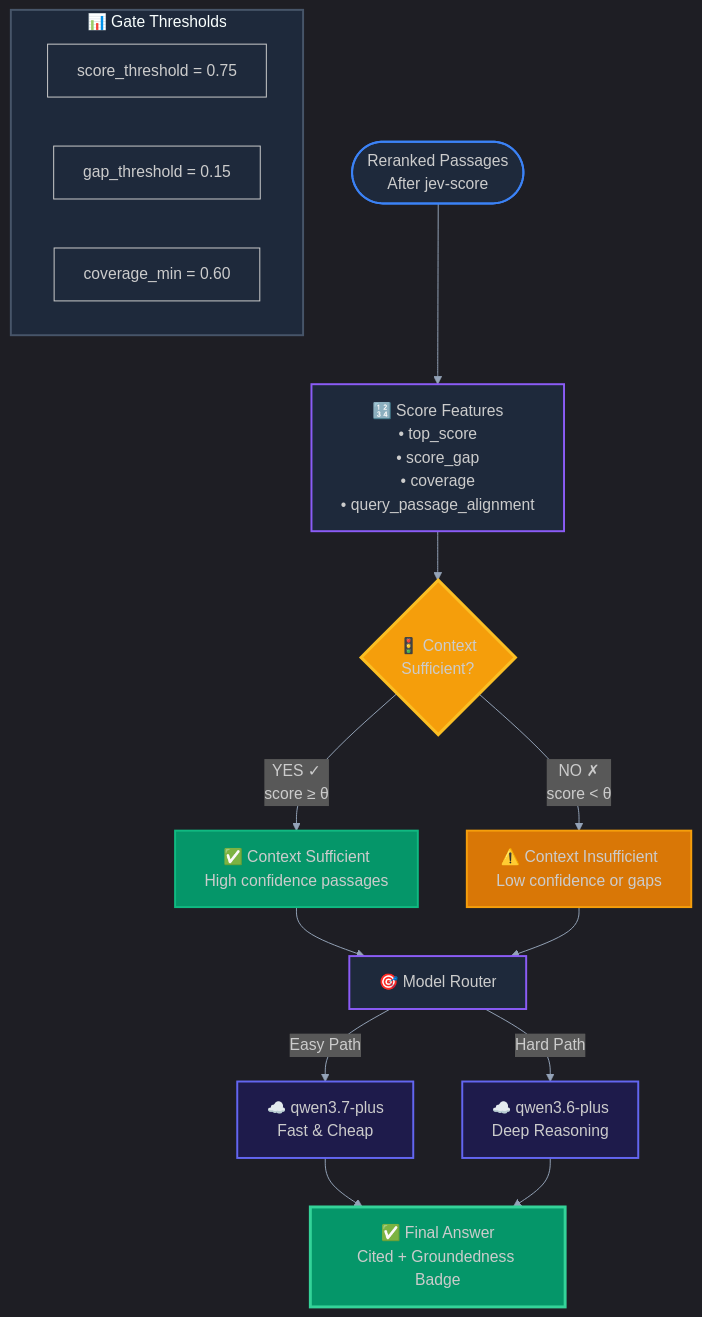
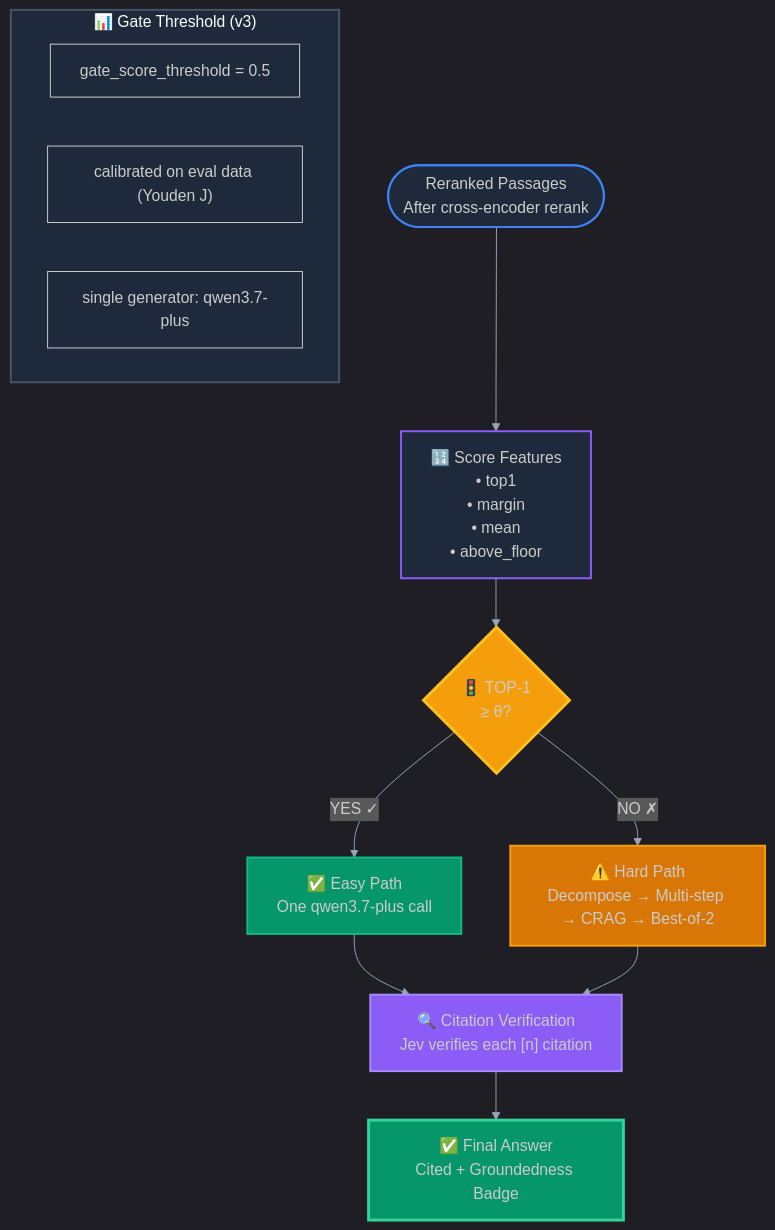
Before and after one commit to kanishka-namdeo/jev-rag: the diagram in docs/assets/img/escalation-gate-v2.mmd, drawn with Mermaid. The commit also changed 14 other files, not shown here.

```diff
--- a/docs/assets/img/escalation-gate-v2.mmd
+++ b/docs/assets/img/escalation-gate-v2.mmd
@@ -1,34 +1,27 @@
 %%{init: {'theme': 'dark', 'themeVariables': { 'primaryColor': '#3B82F6', 'primaryTextColor': '#fff', 'primaryBorderColor': '#60A5FA', 'lineColor': '#94A3B8', 'secondaryColor': '#10B981', 'tertiaryColor': '#8B5CF6', 'background': '#0B0F19', 'mainBkg': '#1E293B', 'secondBkg': '#334155' }}}%%
+%% doc-only mirror of generate_diagrams.py (create_escalation_gate_diagram) — not rendered by any tool in this repo %%
 flowchart TB
-    START(["Reranked Passages<br/>After jev-score"])
-    --> FEATURES["🔢 Score Features<br/>• top_score<br/>• score_gap<br/>• coverage<br/>• query_passage_alignment"]
-    --> GATE{"🚦 Context<br/>Sufficient?"}
+    START(["Reranked Passages<br/>After cross-encoder rerank"]) --> FEATURES["🔢 Score Features<br/>• top1<br/>• margin<br/>• mean<br/>• above_floor"] --> GATE{"🚦 TOP-1<br/>≥ θ?"}
 
-    GATE -->|"YES ✓<br/>score ≥ θ"| SUFFICIENT["✅ Context Sufficient<br/>High confidence passages"]
-    GATE -->|"NO ✗<br/>score < θ"| INSUFFICIENT["⚠️ Context Insufficient<br/>Low confidence or gaps"]
+    GATE -->|"YES ✓"| EASY["✅ Easy Path<br/>One qwen3.7-plus call"]
+    GATE -->|"NO ✗"| HARD["⚠️ Hard Path<br/>Decompose → Multi-step → CRAG → Best-of-2"]
 
-    SUFFICIENT --> ROUTER["🎯 Model Router"]
-    INSUFFICIENT --> ROUTER
+    EASY --> VERIFY["🔍 Citation Verification<br/>Jev verifies each [n] citation"]
+    HARD --> VERIFY
 
-    ROUTER -->|"Easy Path"| LLM1["☁️ qwen3.7-plus<br/>Fast & Cheap"]
-    ROUTER -->|"Hard Path"| LLM2["☁️ qwen3.6-plus<br/>Deep Reasoning"]
+    VERIFY --> OUTPUT["✅ Final Answer<br/>Cited + Groundedness Badge"]
 
-    LLM1 --> OUTPUT["✅ Final Answer<br/>Cited + Groundedness Badge"]
-    LLM2 --> OUTPUT
-
-    subgraph THRESHOLDS["📊 Gate Thresholds"]
-        T1["score_threshold = 0.75"]
-        T2["gap_threshold = 0.15"]
-        T3["coverage_min = 0.60"]
+    subgraph THRESHOLDS["📊 Gate Threshold (v3)"]
+        T1["gate_score_threshold = 0.5"]
+        T2["calibrated on eval data (Youden J)"]
+        T3["single generator: qwen3.7-plus"]
     end
 
     style START fill:#1E293B,stroke:#3B82F6,stroke-width:2px
     style FEATURES fill:#1E293B,stroke:#8B5CF6,stroke-width:2px
     style GATE fill:#F59E0B,stroke:#FBBF24,stroke-width:3px
-    style SUFFICIENT fill:#059669,stroke:#10B981,stroke-width:2px
-    style INSUFFICIENT fill:#D97706,stroke:#F59E0B,stroke-width:2px
-    style ROUTER fill:#1E293B,stroke:#8B5CF6,stroke-width:2px
-    style LLM1 fill:#1E1B4B,stroke:#6366F1,stroke-width:2px
-    style LLM2 fill:#1E1B4B,stroke:#6366F1,stroke-width:2px
+    style EASY fill:#059669,stroke:#10B981,stroke-width:2px
+    style HARD fill:#D97706,stroke:#F59E0B,stroke-width:2px
+    style VERIFY fill:#8B5CF6,stroke:#A78BFA,stroke-width:2px
     style OUTPUT fill:#059669,stroke:#34D399,stroke-width:3px
     style THRESHOLDS fill:#1E293B,stroke:#475569,stroke-width:2px
```
